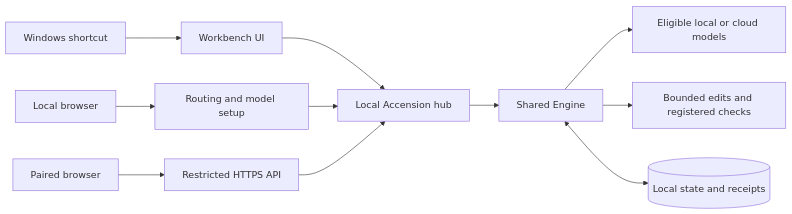
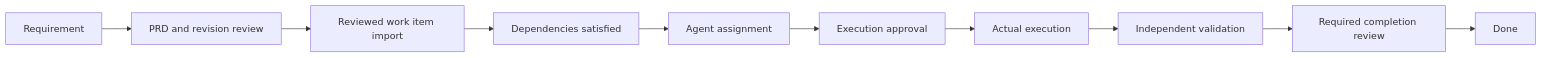
The diagram in README.md (Jigsaw777/accension), drawn with Mermaid before and after one commit. The commit also changed other lines of this file and 20 other files, not shown here.

````diff
--- a/README.md
+++ b/README.md
@@ -172,13 +126,12 @@
 ```mermaid
 flowchart LR
-  Desktop[Windows shortcut] --> Workbench[Workbench UI]
-  Browser[Local browser] --> Routing[Routing and model setup]
-  Workbench --> Hub[Local Accension hub]
-  Routing --> Hub
-  Hub --> Engine[Shared Engine]
-  Engine --> Models[Eligible local or cloud models]
-  Engine --> Checks[Bounded edits and registered checks]
-  Engine <--> Store[(Local state and receipts)]
-  Phone[Paired browser] --> LAN[Restricted HTTPS API]
-  LAN --> Hub
+    Idea[Requirement] --> PRD[PRD and revision review]
+    PRD --> Items[Reviewed work item import]
+    Items --> Dependencies[Dependencies satisfied]
+    Dependencies --> Agent[Agent assignment]
+    Agent --> Approval[Execution approval]
+    Approval --> Run[Actual execution]
+    Run --> Checks[Independent validation]
+    Checks --> Review[Required completion review]
+    Review --> Done[Done]
 ```
````
